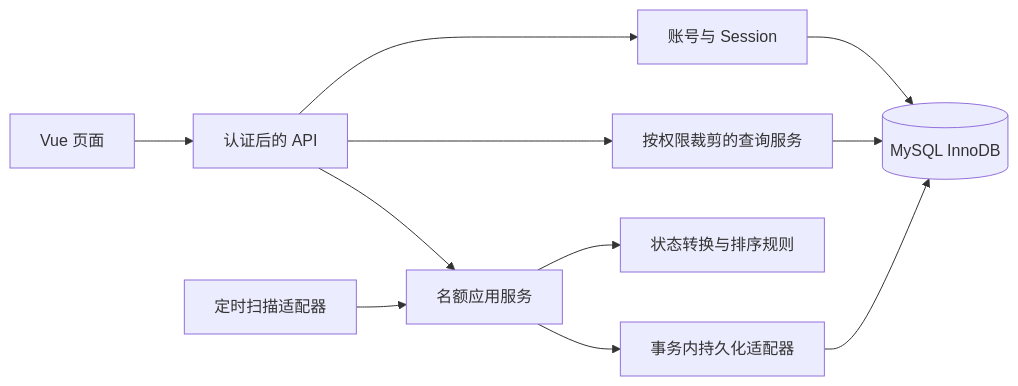
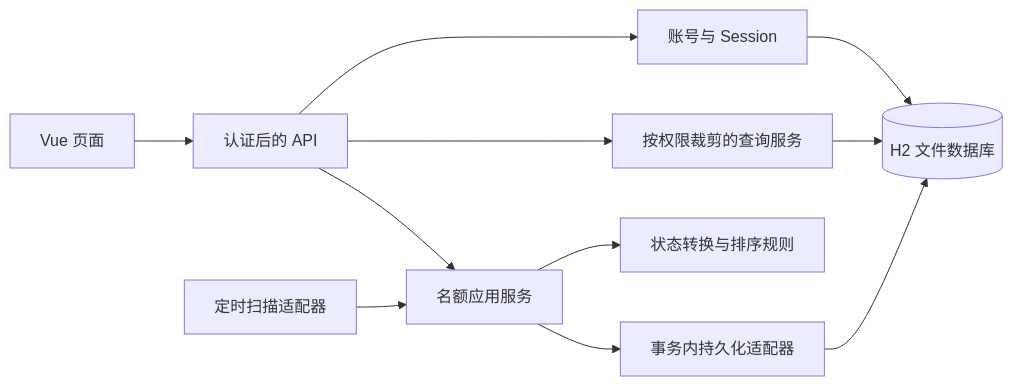
One commit to lovekasa/gpu-queue-system changed the first of 2 diagrams in _bmad-output/planning-artifacts/architecture/architecture-gpu-queue-system-2026-11-18/ARCHITECTURE-SPINE.md. Above: the diagram before and after it, drawn with Mermaid. The commit also changed other lines of this file and 21 other files, not shown here.

````diff
--- a/_bmad-output/planning-artifacts/architecture/architecture-gpu-queue-system-2026-11-18/ARCHITECTURE-SPINE.md
+++ b/_bmad-output/planning-artifacts/architecture/architecture-gpu-queue-system-2026-11-18/ARCHITECTURE-SPINE.md
@@ -22,13 +22,13 @@
 ```mermaid
 flowchart LR
   Vue[Vue 页面] --> API[认证后的 API]
   Scan[定时扫描适配器] --> Service[名额应用服务]
   API --> Service
   API --> Query[按权限裁剪的查询服务]
   API --> Identity[账号与 Session]
   Service --> Policy[状态转换与排序规则]
   Service --> Repo[事务内持久化适配器]
-  Repo --> DB[(MySQL InnoDB)]
+  Repo --> DB[(H2 文件数据库)]
   Query --> DB
   Identity --> DB
 ```
````
